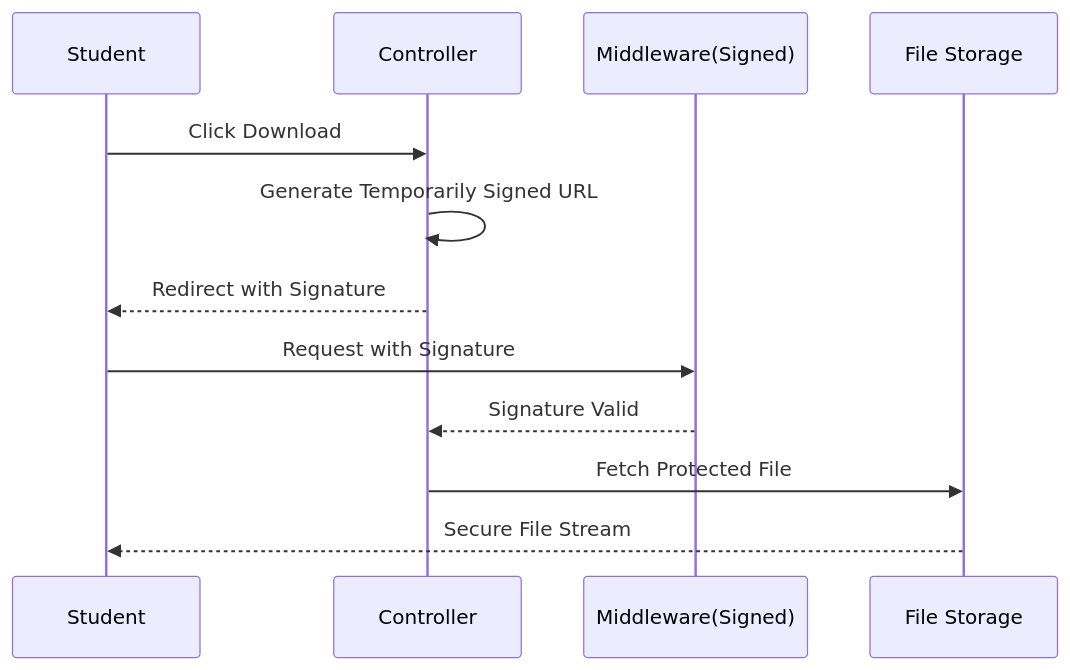
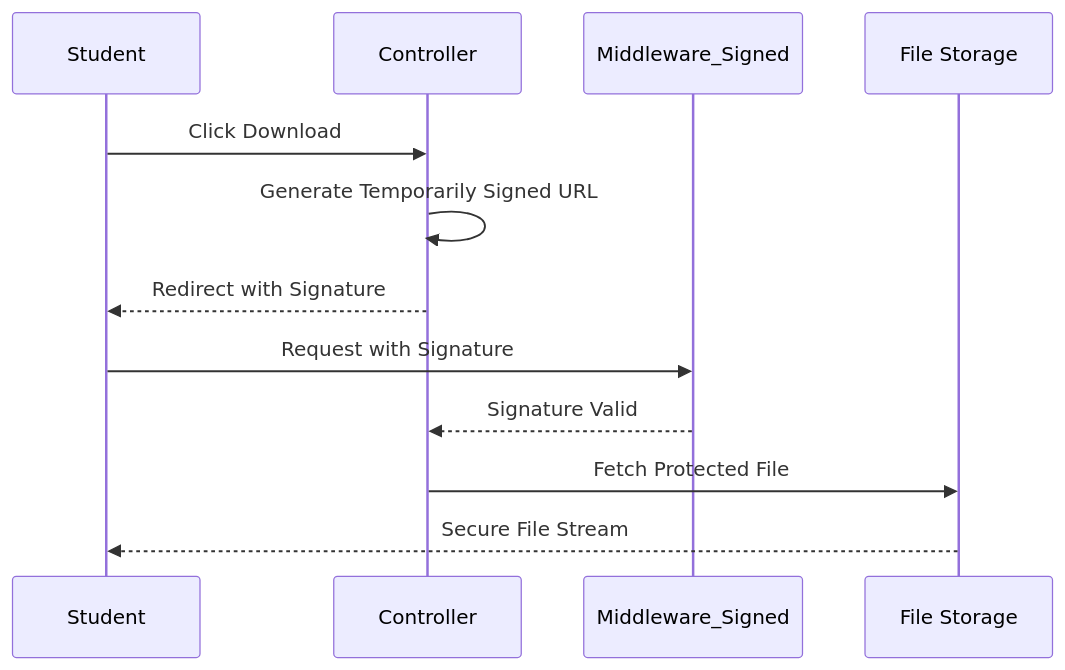
One commit to TheSourav-001/DIU-Hub changed the fifth of 5 diagrams in README.md. Above: the diagram before and after it, drawn with Mermaid. The commit also changed other lines of this file, not shown here.

Commit message:
Fix: Corrected Mermaid syntax and fixed broken image placeholders in README

````diff
--- a/README.md
+++ b/README.md
@@ -157,15 +156,15 @@
 ```mermaid
 sequenceDiagram
     participant S as Student
     participant C as Controller
-    participant M as Middleware(Signed)
+    participant M as Middleware_Signed
     participant F as File Storage
 
     S->>C: Click Download
     C->>C: Generate Temporarily Signed URL
     C-->>S: Redirect with Signature
     S->>M: Request with Signature
     M-->>C: Signature Valid
     C->>F: Fetch Protected File
     F-->>S: Secure File Stream
 ```
````
